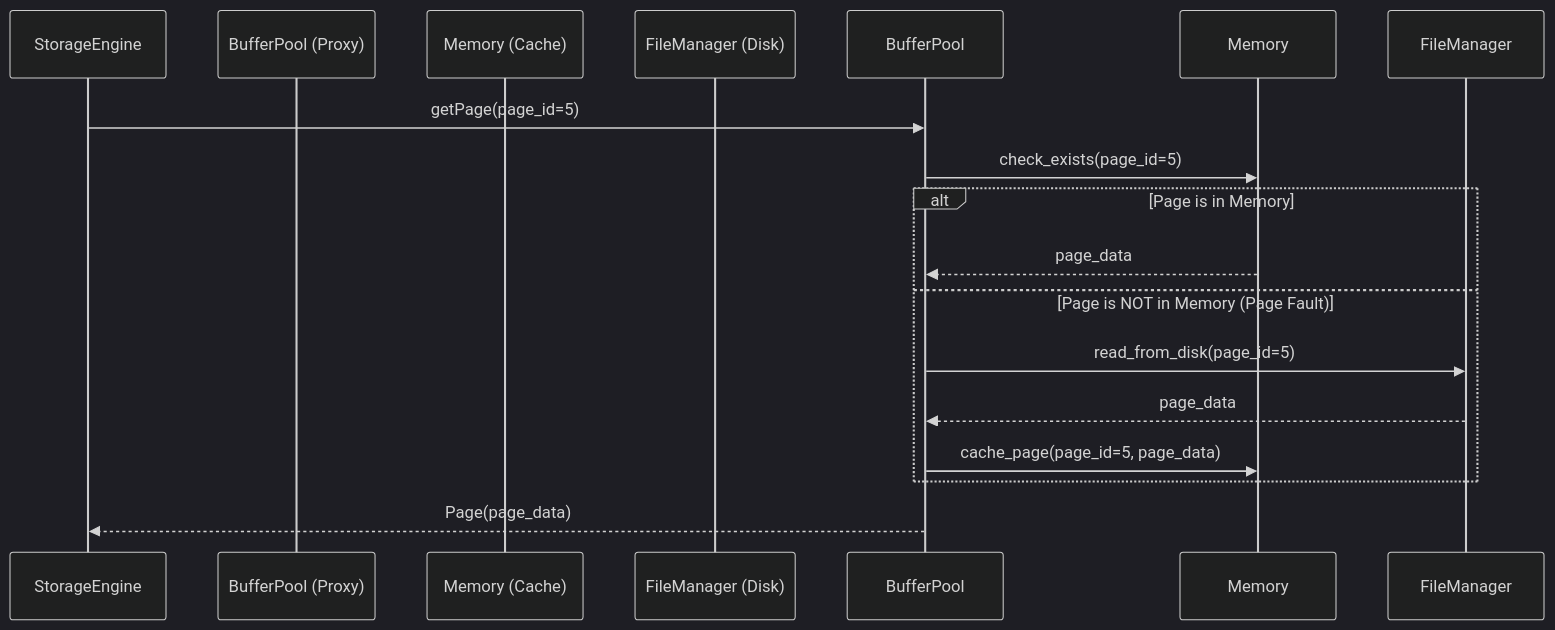
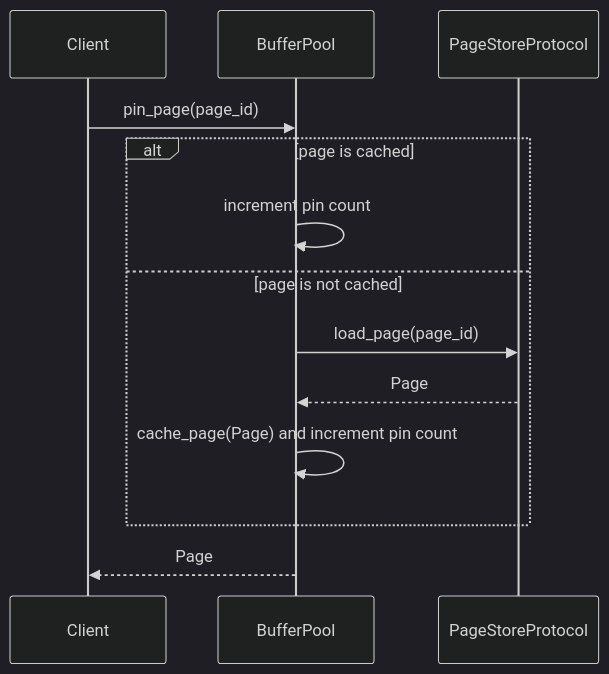
Before and after one commit to taitran501/DBMS: the ninth of 21 diagrams in README.md, drawn with Mermaid (dark theme). The commit also changed other lines of this file and 2 other files, not shown here.

Commit message:
docs(storage_engine): add Proxy and Strategy pattern diagrams

````diff
--- a/README.md
+++ b/README.md
@@ -1028,18 +1032,16 @@
 ```mermaid
 sequenceDiagram
-    participant StorageEngine
-    participant BufferPool (Proxy)
-    participant Memory (Cache)
-    participant FileManager (Disk)
+    participant Client
+    participant BufferPool
+    participant Store as PageStoreProtocol
 
-    StorageEngine->>BufferPool: getPage(page_id=5)
-    BufferPool->>Memory: check_exists(page_id=5)
-    alt Page is in Memory
-        Memory-->>BufferPool: page_data
-    else Page is NOT in Memory (Page Fault)
-        BufferPool->>FileManager: read_from_disk(page_id=5)
-        FileManager-->>BufferPool: page_data
-        BufferPool->>Memory: cache_page(page_id=5, page_data)
+    Client->>BufferPool: pin_page(page_id)
+    alt page is cached
+        BufferPool->>BufferPool: increment pin count
+    else page is not cached
+        BufferPool->>Store: load_page(page_id)
+        Store-->>BufferPool: Page
+        BufferPool->>BufferPool: cache_page(Page) and increment pin count
     end
-    BufferPool-->>StorageEngine: Page(page_data)
+    BufferPool-->>Client: Page
 ```
````
